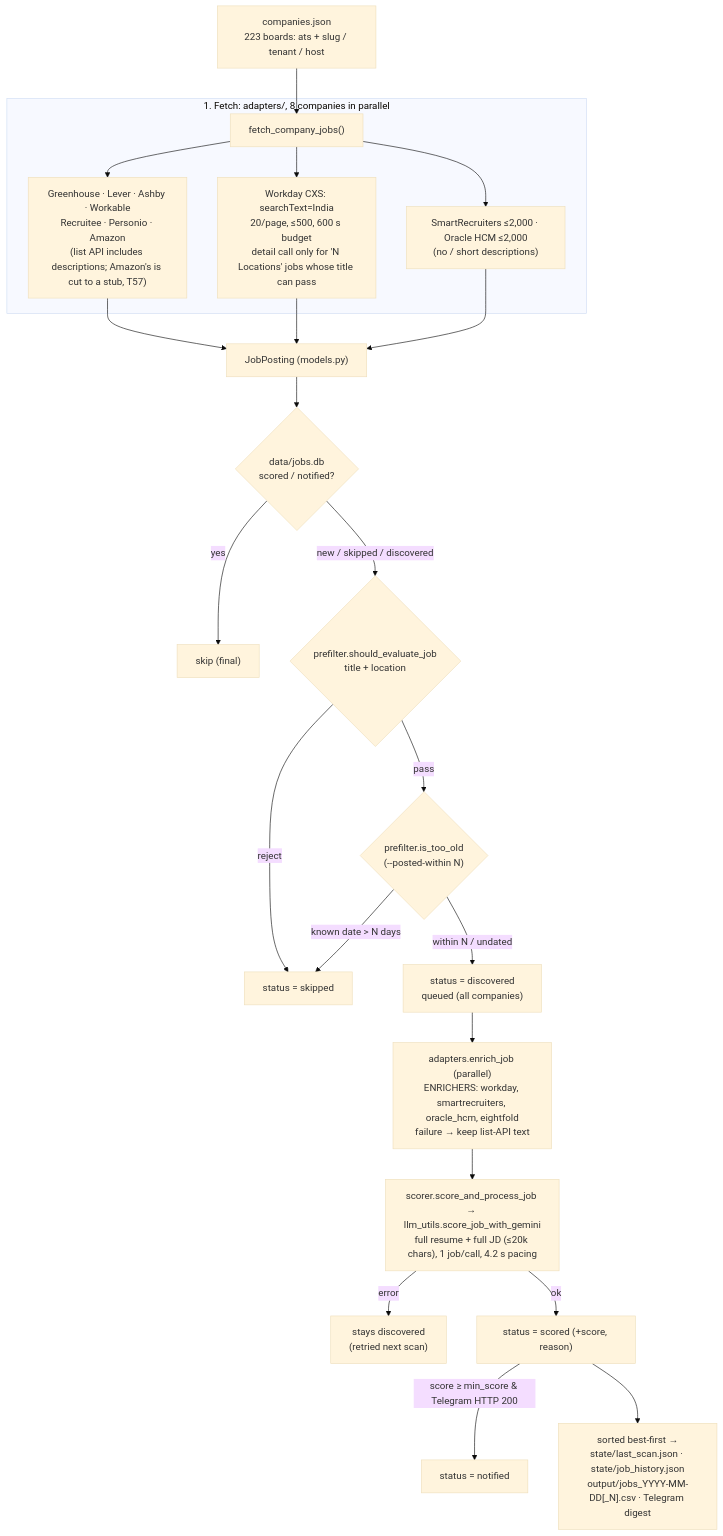
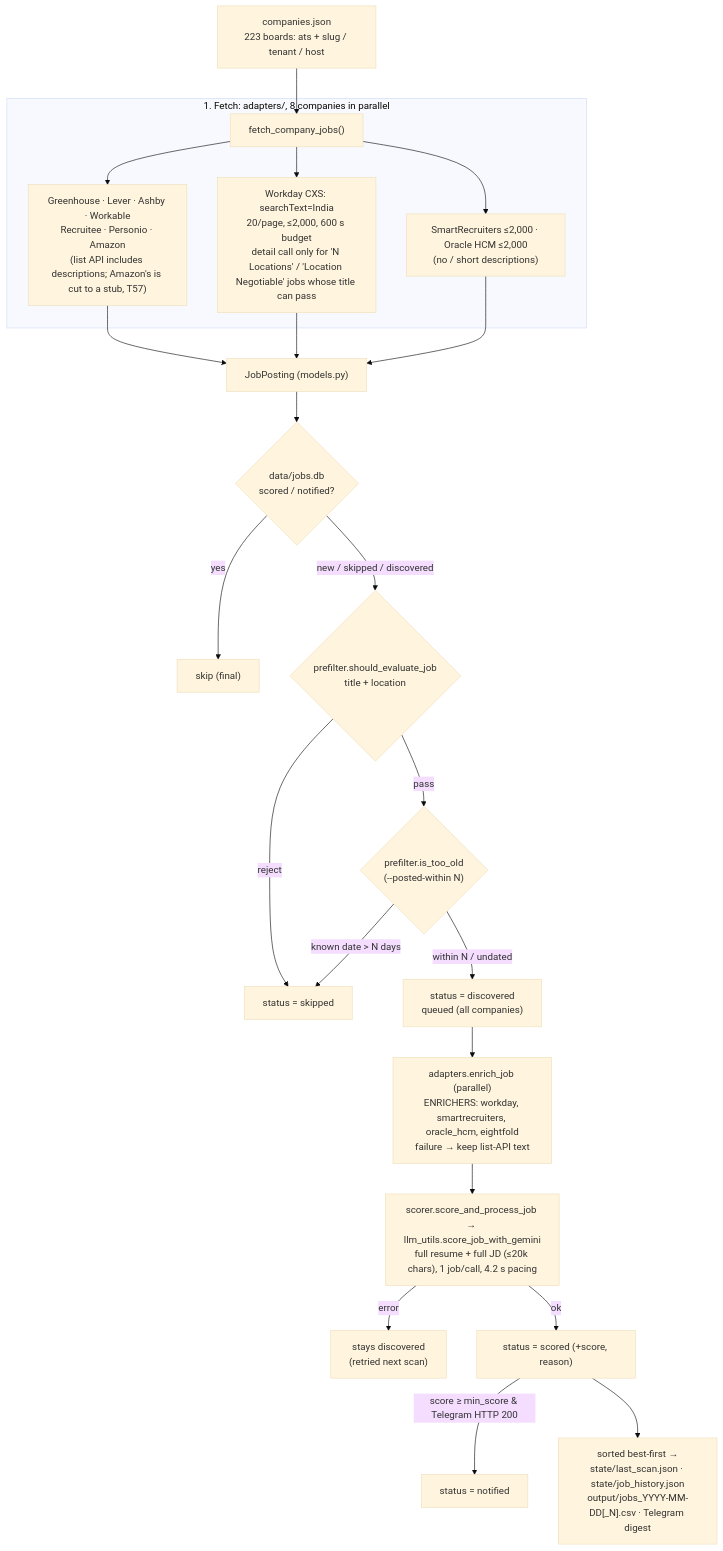
The diagram in ARCHITECTURE.md (Manish814142/rolesight), drawn with Mermaid (base theme) before and after one commit. The commit also changed 5 other files, not shown here.

First line of the commit message:
T65: resolve Workday 'Location Negotiable' items with the detail call

````diff
--- a/ARCHITECTURE.md
+++ b/ARCHITECTURE.md
@@ -19,25 +19,25 @@
 ```mermaid
 flowchart TD
     COMP["companies.json<br/>223 boards: ats + slug / tenant / host"] --> FETCH
     subgraph Fetch ["1. Fetch: adapters/, 8 companies in parallel"]
         FETCH["fetch_company_jobs()"] --> LISTAPI["Greenhouse · Lever · Ashby · Workable<br/>Recruitee · Personio · Amazon<br/>(list API includes descriptions; Amazon's is cut to a stub, T57)"]
-        FETCH --> WD["Workday CXS: searchText=India<br/>20/page, ≤500, 600 s budget<br/>detail call only for 'N Locations' jobs whose title can pass"]
+        FETCH --> WD["Workday CXS: searchText=India<br/>20/page, ≤2,000, 600 s budget<br/>detail call only for 'N Locations' / 'Location Negotiable' jobs whose title can pass"]
         FETCH --> SROH["SmartRecruiters ≤2,000 · Oracle HCM ≤2,000<br/>(no / short descriptions)"]
     end
     LISTAPI --> JP["JobPosting (models.py)"]
     WD --> JP
     SROH --> JP
     JP --> DEDUP{"data/jobs.db<br/>scored / notified?"}
     DEDUP -- yes --> SKIPF["skip (final)"]
     DEDUP -- "new / skipped / discovered" --> PF{"prefilter.should_evaluate_job<br/>title + location"}
     PF -- reject --> SKIPPED["status = skipped"]
     PF -- pass --> AGE{"prefilter.is_too_old<br/>(--posted-within N)"}
     AGE -- "known date > N days" --> SKIPPED
     AGE -- "within N / undated" --> QUEUE["status = discovered<br/>queued (all companies)"]
     QUEUE --> ENRICH["adapters.enrich_job (parallel)<br/>ENRICHERS: workday, smartrecruiters, oracle_hcm, eightfold<br/>failure → keep list-API text"]
     ENRICH --> SCORE["scorer.score_and_process_job → llm_utils.score_job_with_gemini<br/>full resume + full JD (≤20k chars), 1 job/call, 4.2 s pacing"]
     SCORE -- error --> DISC["stays discovered<br/>(retried next scan)"]
     SCORE -- ok --> SCORED["status = scored (+score, reason)"]
     SCORED -- "score ≥ min_score & Telegram HTTP 200" --> NOTIFIED["status = notified"]
     SCORED --> OUT["sorted best-first →<br/>state/last_scan.json · state/job_history.json<br/>output/jobs_YYYY-MM-DD[_N].csv · Telegram digest"]
 ```
````
